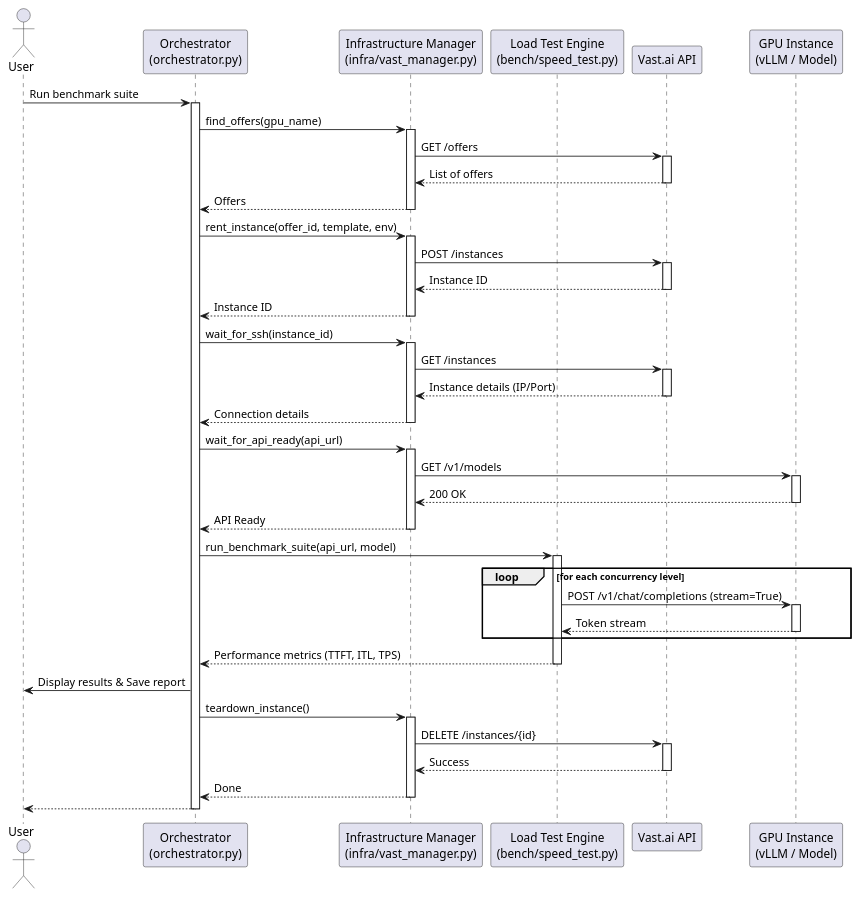
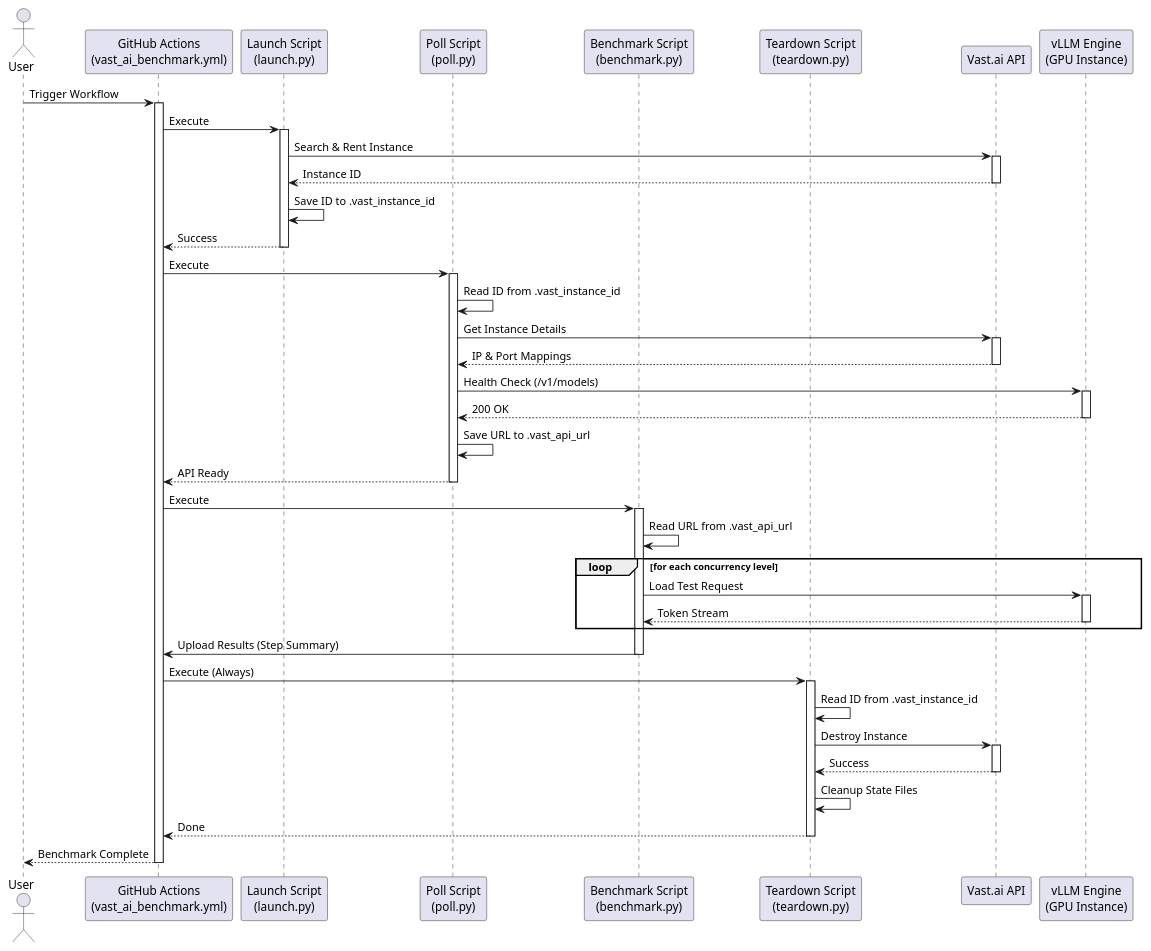
One commit to chatelao/avast-ai-tests changed the diagram in architecture.puml. Above: the diagram before and after it, drawn with PlantUML. The commit also changed 1 other file, not shown here.

Commit message:
docs: update CONCEPT.md and architecture.puml to match current implementation
- Replaced outdated component descriptions with the new 4-script architecture (launch, poll, benchmark, teardown).
- Updated architecture.puml to reflect GitHub Actions orchestration and state passing via files.
- Added activation bars to architecture.puml for better visualization.
- Verified benchmark script integrity with mock tests.

```diff
--- a/architecture.puml
+++ b/architecture.puml
@@ -1,44 +1,44 @@
 @startuml
 actor User
-participant Orchestrator as "Orchestrator\n(orchestrator.py)"
-participant VastManager as "Infrastructure Manager\n(infra/vast_manager.py)"
-participant LoadTester as "Load Test Engine\n(bench/speed_test.py)"
+participant GHA as "GitHub Actions\n(vast_ai_benchmark.yml)"
+participant Launch as "Launch Script\n(launch.py)"
+participant Poll as "Poll Script\n(poll.py)"
+participant Bench as "Benchmark Script\n(benchmark.py)"
+participant Teardown as "Teardown Script\n(teardown.py)"
 participant VastAPI as "Vast.ai API"
-participant GPUInstance as "GPU Instance\n(vLLM / Model)"
+participant GPUInstance as "vLLM Engine\n(GPU Instance)"
 
-User -> Orchestrator ++ : Run benchmark suite
-Orchestrator -> VastManager ++ : find_offers(gpu_name)
-VastManager -> VastAPI ++ : GET /offers
-VastAPI --> VastManager -- : List of offers
-VastManager --> Orchestrator -- : Offers
+User -> GHA ++ : Trigger Workflow
+GHA -> Launch ++ : Execute
+Launch -> VastAPI ++ : Search & Rent Instance
+VastAPI --> Launch -- : Instance ID
+Launch -> Launch : Save ID to .vast_instance_id
+Launch --> GHA -- : Success
 
-Orchestrator -> VastManager ++ : rent_instance(offer_id, template, env)
-VastManager -> VastAPI ++ : POST /instances
-VastAPI --> VastManager -- : Instance ID
-VastManager --> Orchestrator -- : Instance ID
+GHA -> Poll ++ : Execute
+Poll -> Poll : Read ID from .vast_instance_id
+Poll -> VastAPI ++ : Get Instance Details
+VastAPI --> Poll -- : IP & Port Mappings
+Poll -> GPUInstance ++ : Health Check (/v1/models)
+GPUInstance --> Poll -- : 200 OK
+Poll -> Poll : Save URL to .vast_api_url
+Poll --> GHA -- : API Ready
 
-Orchestrator -> VastManager ++ : wait_for_ssh(instance_id)
-VastManager -> VastAPI ++ : GET /instances
-VastAPI --> VastManager -- : Instance details (IP/Port)
-VastManager --> Orchestrator -- : Connection details
+GHA -> Bench ++ : Execute
+Bench -> Bench : Read URL from .vast_api_url
+loop for each concurrency level
+    Bench -> GPUInstance ++ : Load Test Request
+    GPUInstance --> Bench -- : Token Stream
+end
+Bench -> GHA : Upload Results (Step Summary)
+deactivate Bench
 
-Orchestrator -> VastManager ++ : wait_for_api_ready(api_url)
-VastManager -> GPUInstance ++ : GET /v1/models
-GPUInstance --> VastManager -- : 200 OK
-VastManager --> Orchestrator -- : API Ready
+GHA -> Teardown ++ : Execute (Always)
+Teardown -> Teardown : Read ID from .vast_instance_id
+Teardown -> VastAPI ++ : Destroy Instance
+VastAPI --> Teardown -- : Success
+Teardown -> Teardown : Cleanup State Files
+Teardown --> GHA -- : Done
 
-Orchestrator -> LoadTester ++ : run_benchmark_suite(api_url, model)
-loop for each concurrency level
-    LoadTester -> GPUInstance ++ : POST /v1/chat/completions (stream=True)
-    GPUInstance --> LoadTester -- : Token stream
-end
-LoadTester --> Orchestrator -- : Performance metrics (TTFT, ITL, TPS)
-
-Orchestrator -> User : Display results & Save report
-
-Orchestrator -> VastManager ++ : teardown_instance()
-VastManager -> VastAPI ++ : DELETE /instances/{id}
-VastAPI --> VastManager -- : Success
-VastManager --> Orchestrator -- : Done
-return
+GHA --> User -- : Benchmark Complete
 @enduml
```
